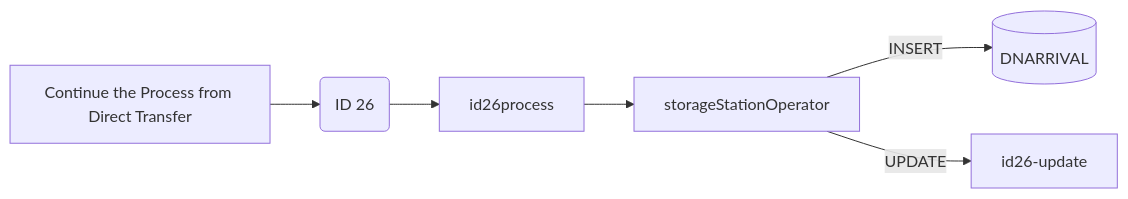
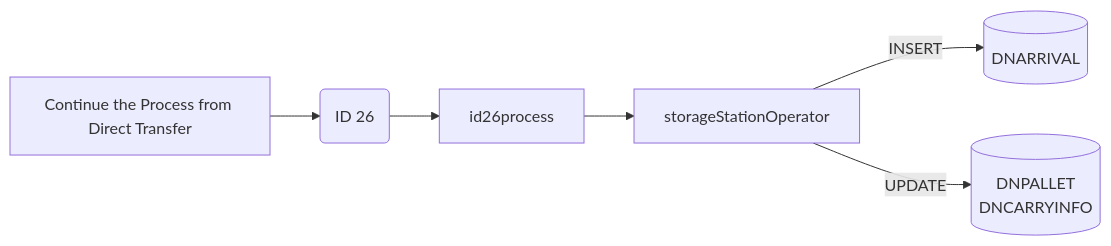
Before and after one commit to luthfiadityaa/SimeDarby-Wiki: the ninth of 23 diagrams in Basic-Design/DFD-WMS/Storage/Palletizing-Settting/Palletize-Start.md, drawn with Mermaid.

Commit message:
Updated Palletize Start

```diff
--- a/Basic-Design/DFD-WMS/Storage/Palletizing-Settting/Palletize-Start.md
+++ b/Basic-Design/DFD-WMS/Storage/Palletizing-Settting/Palletize-Start.md
@@ -540,22 +540,27 @@
 ::: mermaid
 flowchart LR
 
 releaseCommand["
 Continue the Process from Direct Transfer
 "]
 
 id26msg("
 ID 26
 ")
 
 id26-insert[("
 DNARRIVAL
 ")]
 
+id26-update[("
+DNPALLET
+DNCARRYINFO
+")]
+
 
 storageStationOperator[storageStationOperator]
 
 releaseCommand-->id26msg-->id26process-->storageStationOperator
 storageStationOperator--> |INSERT| id26-insert
 storageStationOperator--> |UPDATE| id26-update
 :::
```
